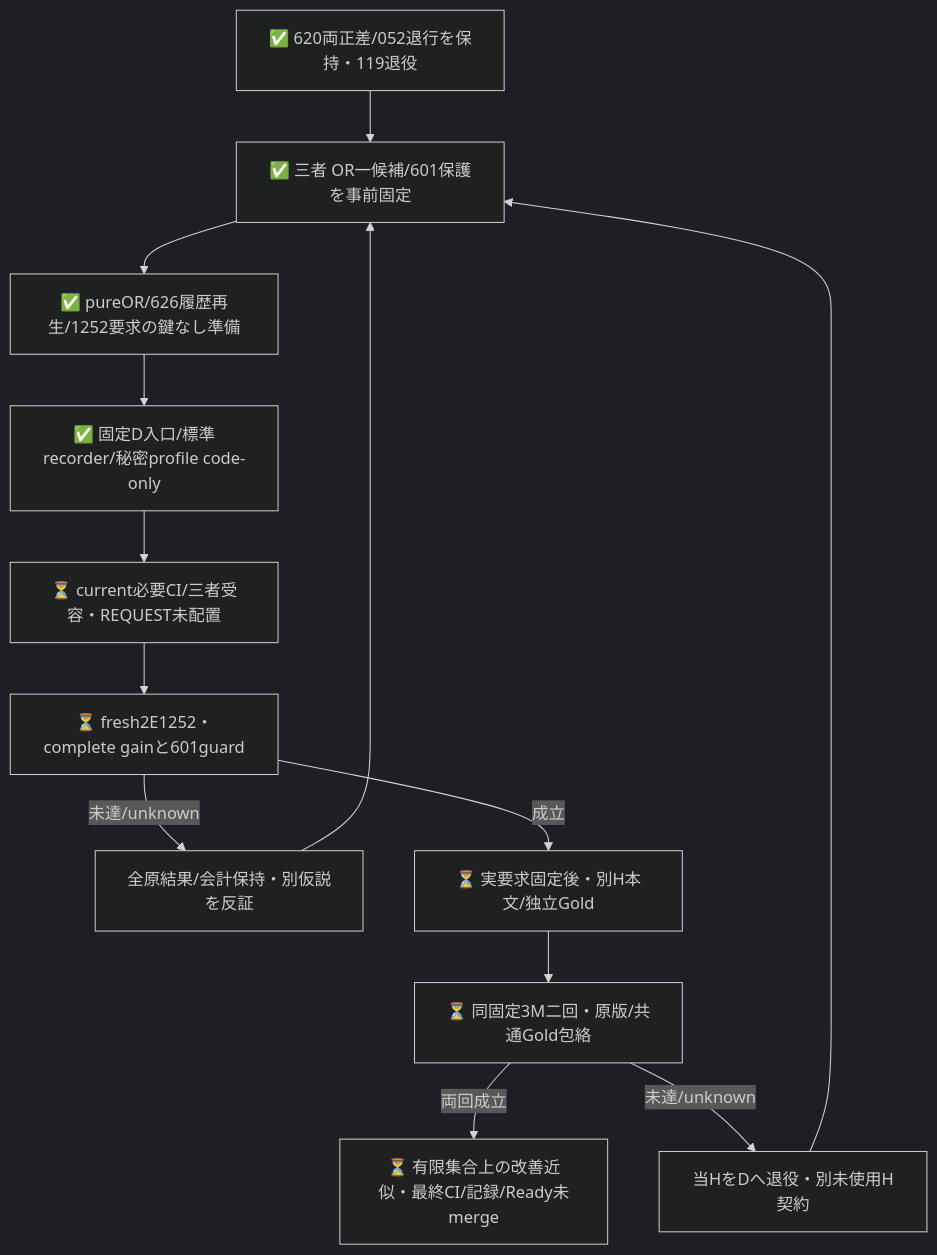
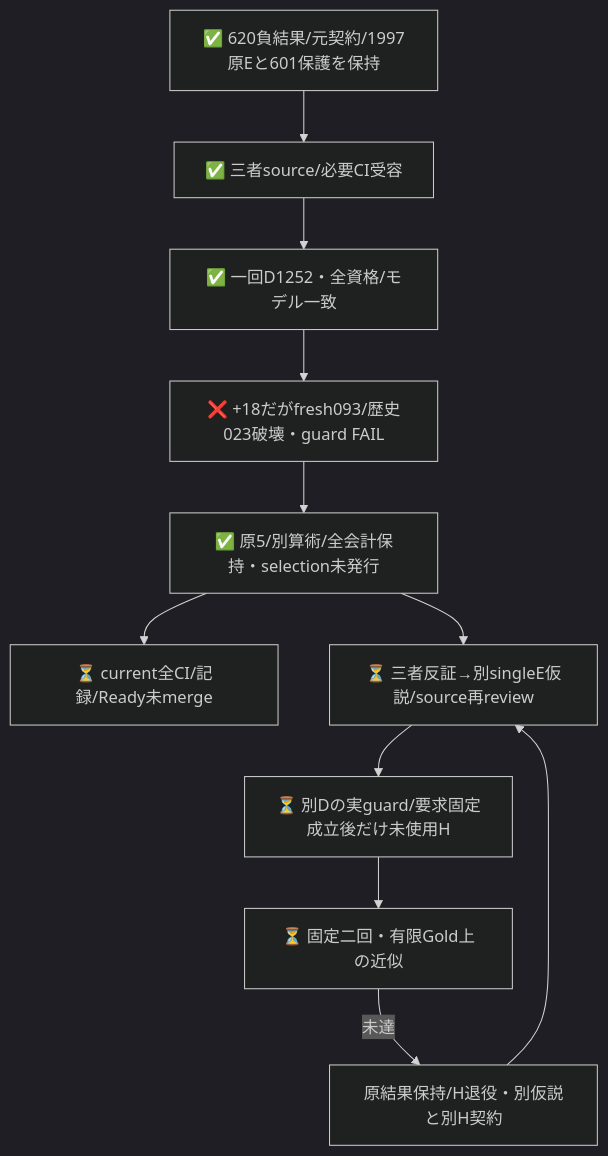
Before and after one commit to roccho-org/ops: the diagram in experiments/sys1-eval-loop/expectation-or/README.md, drawn with Mermaid (dark theme). The commit also changed other lines of this file and 11 other files, not shown here.

````diff
--- a/experiments/sys1-eval-loop/expectation-or/README.md
+++ b/experiments/sys1-eval-loop/expectation-or/README.md
@@ -17,15 +28,13 @@
 ```mermaid
 flowchart TB
-  OLD[✅ 620両正差/052退行を保持・119退役] --> ARG[✅ 三者 OR一候補/601保護を事前固定]
-  ARG --> PURE[✅ pureOR/626履歴再生/1252要求の鍵なし準備]
-  PURE --> NATIVE[✅ 固定D入口/標準recorder/秘密profile code-only]
-  NATIVE --> ENTRY[⏳ current必要CI/三者受容・REQUEST未配置]
-  ENTRY --> D[⏳ fresh2E1252・complete gainと601guard]
-  D -->|未達/unknown| KEEP[全原結果/会計保持・別仮説を反証]
-  KEEP --> ARG
-  D -->|成立| FREEZE[⏳ 実要求固定後・別H本文/独立Gold]
-  FREEZE --> H[⏳ 同固定3M二回・原版/共通Gold包絡]
-  H -->|両回成立| CLOSE[⏳ 有限集合上の改善近似・最終CI/記録/Ready未merge]
-  H -->|未達/unknown| RETIRE[当HをDへ退役・別未使用H契約]
-  RETIRE --> ARG
+  A[✅ 620負結果/元契約/1997原Eと601保護を保持] --> B[✅ 三者source/必要CI受容]
+  B --> C[✅ 一回D1252・全資格/モデル一致]
+  C --> D[❌ +18だがfresh093/歴史023破壊・guard FAIL]
+  D --> E[✅ 原5/別算術/全会計保持・selection未発行]
+  E --> F[⏳ current全CI/記録/Ready未merge]
+  E --> G[⏳ 三者反証→別singleE仮説/source再review]
+  G --> H[⏳ 別Dの実guard/要求固定成立後だけ未使用H]
+  H --> I[⏳ 固定二回・有限Gold上の近似]
+  I -->|未達| J[原結果保持/H退役・別仮説と別H契約]
+  J --> G
 ```
````
